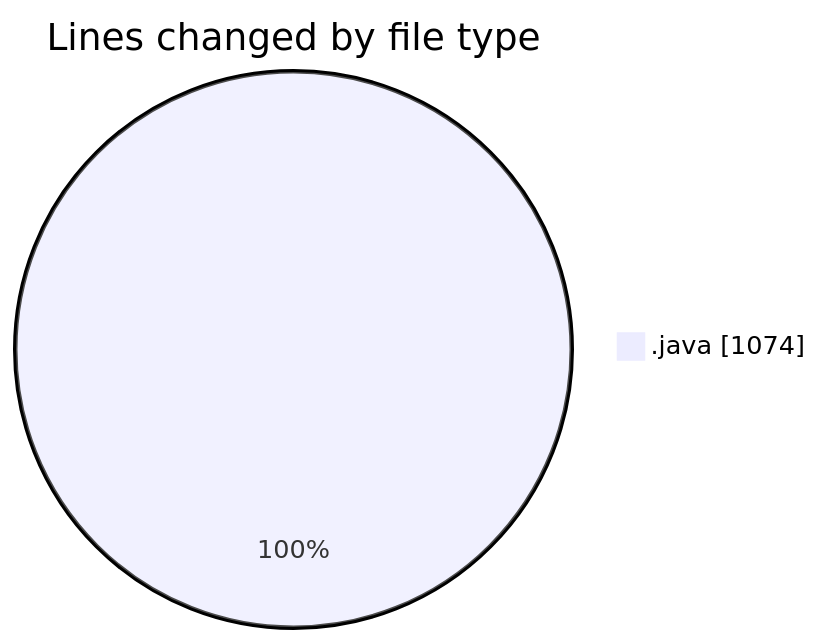
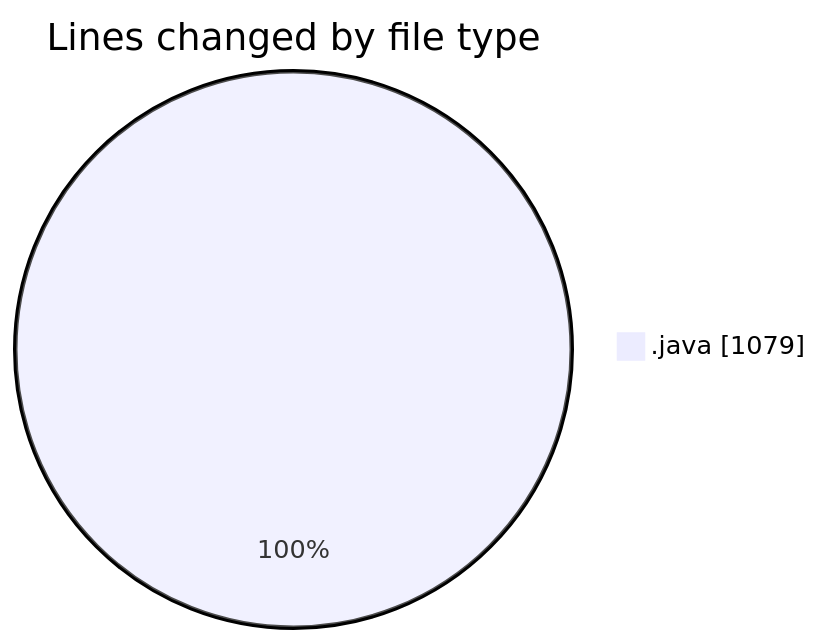
One commit to Elitesun/code-tracking changed the first of 2 diagrams in 2025-02-20/gymmanager/README.md. Above: the diagram before and after it, drawn with Mermaid. The commit also changed other lines of this file and 1 other file, not shown here.

````diff
--- a/2025-02-20/gymmanager/README.md
+++ b/2025-02-20/gymmanager/README.md
@@ -27,5 +27,5 @@
 ```mermaid
 pie showData
 title Lines changed by file type
-".java" : 1074
+".java" : 1079
 ```
````
